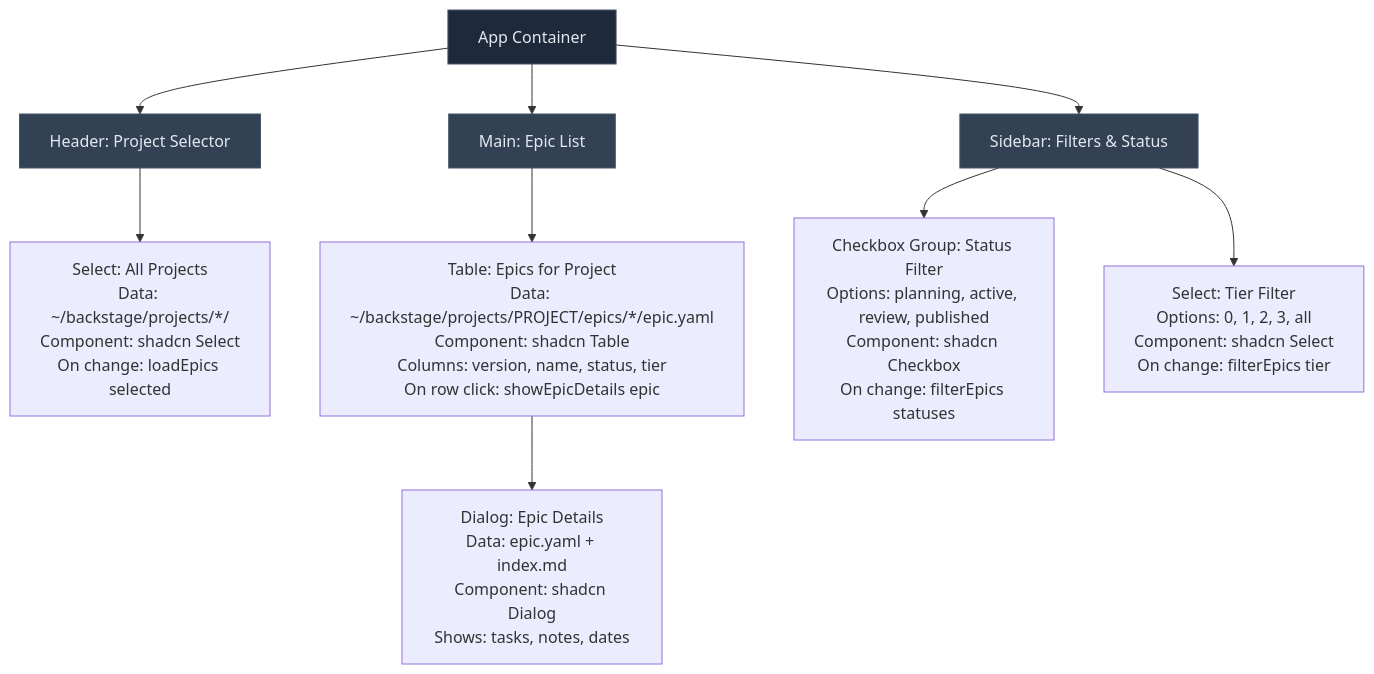
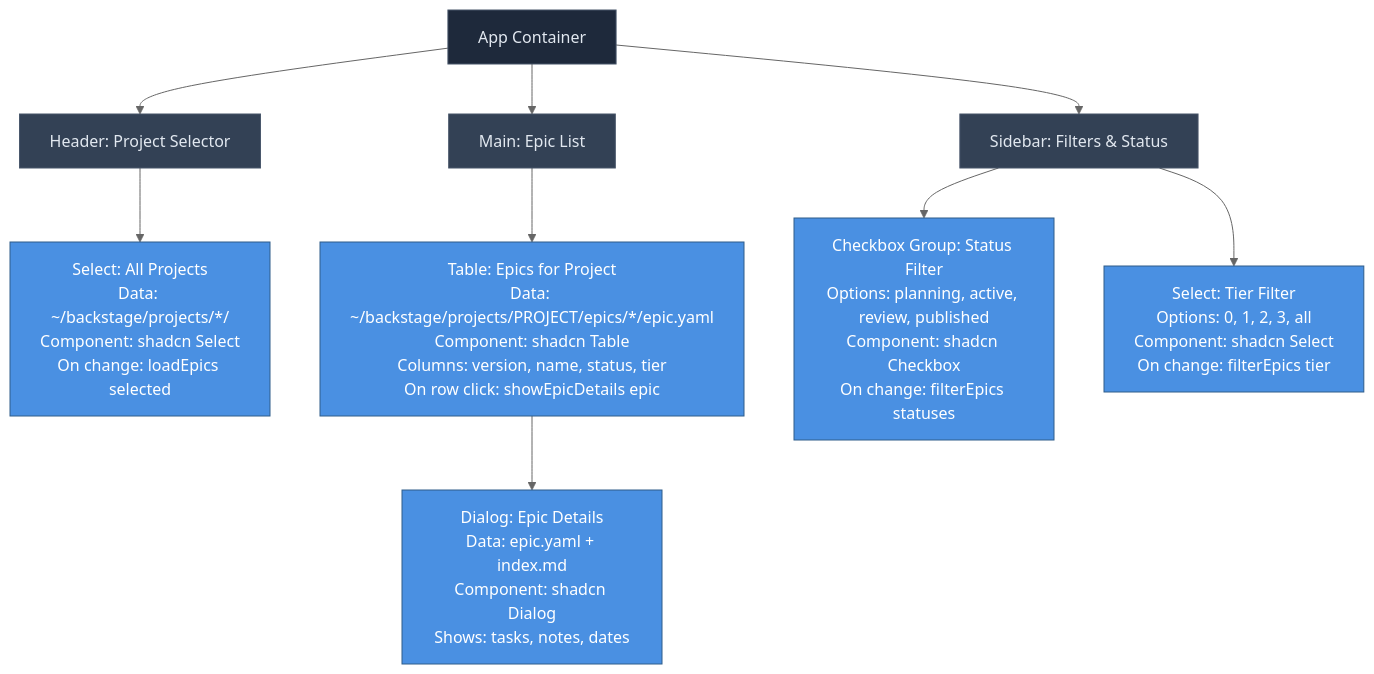
The diagram in projects/backstage/epics/v2.1.0/index.md (nonlinear/backstage), drawn with Mermaid before and after one commit.

Commit message:
Inject contract diagram CSS into mermaid (wrapper pattern)

````diff
--- a/projects/backstage/epics/v2.1.0/index.md
+++ b/projects/backstage/epics/v2.1.0/index.md
@@ -19,23 +19,24 @@
 ```mermaid
+%%{init: {'theme':'base','themeVariables':{"primaryColor":"#4A90E2","primaryTextColor":"#fff","primaryBorderColor":"#2E5C8A","lineColor":"#666","secondaryColor":"#50E3C2","tertiaryColor":"#FFD700","edgeLabelBackground":"#666"},'flowchart':{"nodeSpacing":50,"rankSpacing":50,"padding":15,"curve":"basis"}}}%%
 graph TD
     App[App Container]
     
     App --> Header[Header: Project Selector]
     App --> Main[Main: Epic List]
     App --> Sidebar[Sidebar: Filters & Status]
     
     Header --> ProjectDropdown[Select: All Projects<br/>Data: ~/backstage/projects/*/<br/>Component: shadcn Select<br/>On change: loadEpics selected]
     
     Main --> EpicTable[Table: Epics for Project<br/>Data: ~/backstage/projects/PROJECT/epics/*/epic.yaml<br/>Component: shadcn Table<br/>Columns: version, name, status, tier<br/>On row click: showEpicDetails epic]
     
     Sidebar --> StatusFilter[Checkbox Group: Status Filter<br/>Options: planning, active, review, published<br/>Component: shadcn Checkbox<br/>On change: filterEpics statuses]
     
     Sidebar --> TierFilter[Select: Tier Filter<br/>Options: 0, 1, 2, 3, all<br/>Component: shadcn Select<br/>On change: filterEpics tier]
     
     EpicTable --> EpicDetails[Dialog: Epic Details<br/>Data: epic.yaml + index.md<br/>Component: shadcn Dialog<br/>Shows: tasks, notes, dates]
     
     style App fill:#1e293b,stroke:#475569,color:#e2e8f0
     style Header fill:#334155,stroke:#475569,color:#e2e8f0
     style Main fill:#334155,stroke:#475569,color:#e2e8f0
     style Sidebar fill:#334155,stroke:#475569,color:#e2e8f0
 ```
````
